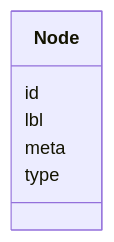
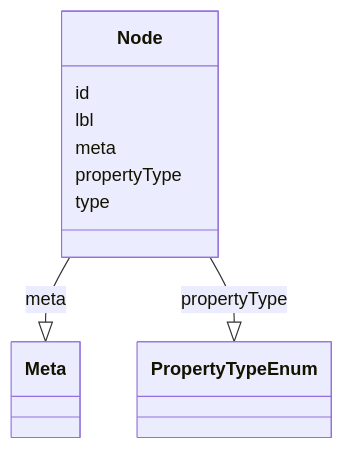
The diagram in obograph/Node.md (cthoyt/ontology-access-kit), drawn with Mermaid before and after one commit. The commit also changed other lines of this file and 3287 other files, not shown here.

````diff
--- a/obograph/Node.md
+++ b/obograph/Node.md
@@ -11,9 +14,19 @@
 ```{mermaid}
  classDiagram
     class Node
       Node : id
+        
       Node : lbl
+        
       Node : meta
+        
+          Node --|> Meta : meta
+        
+      Node : propertyType
+        
+          Node --|> PropertyTypeEnum : propertyType
+        
       Node : type
+        
       
 ```
````
